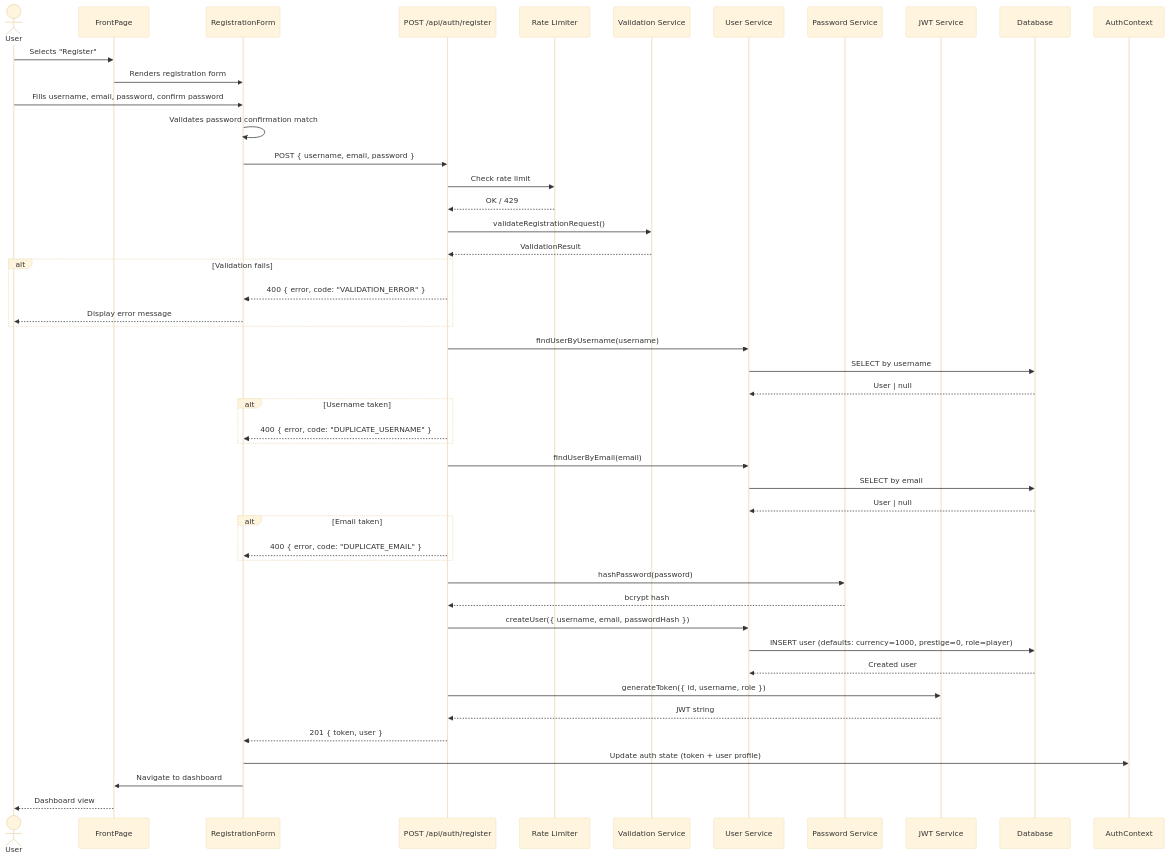
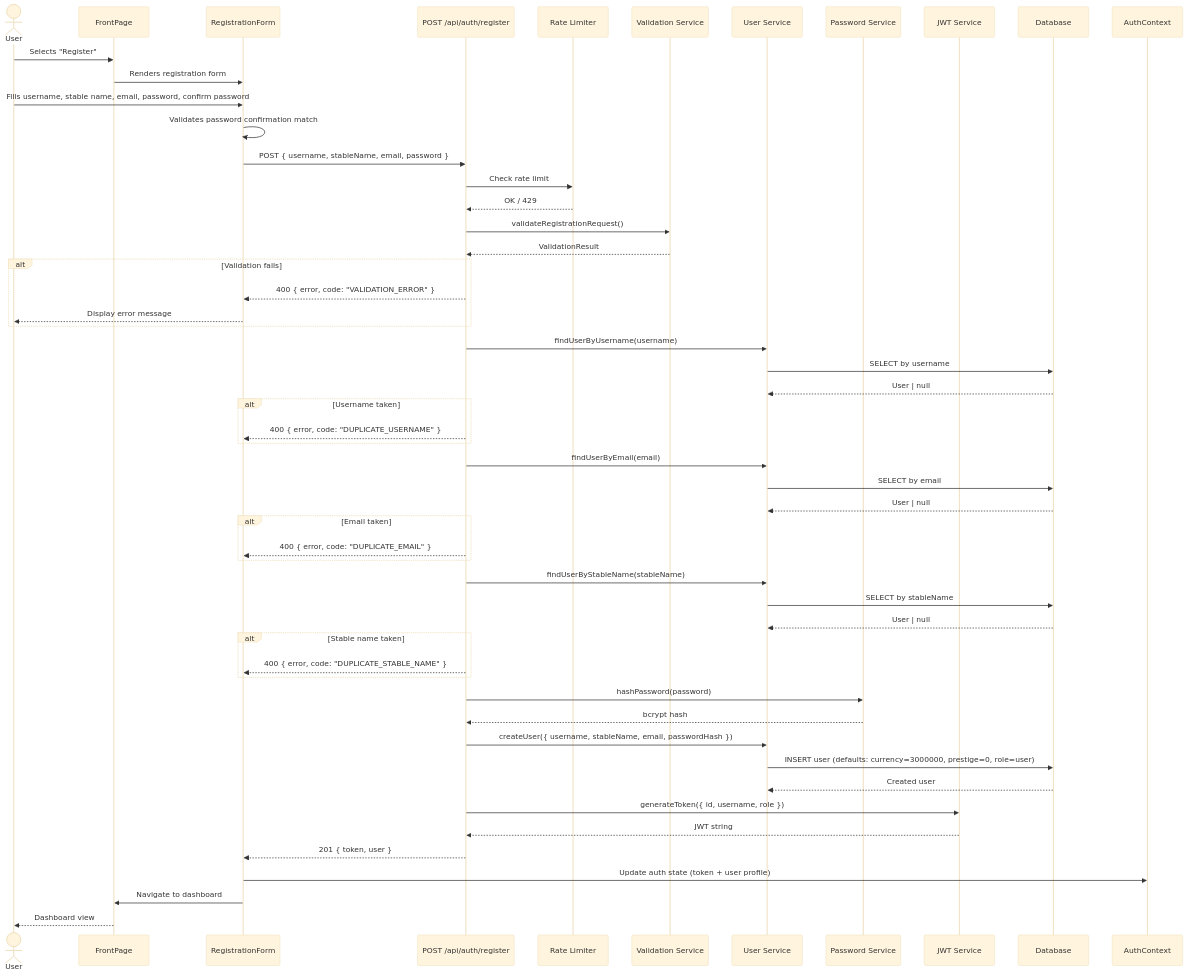
The second of 4 diagrams in docs/features/user-registration.md (RobertTeunissen/ArmouredSouls), drawn with Mermaid (base theme) before and after one commit. The commit also changed other lines of this file and 295 other files, not shown here.

````diff
--- a/docs/features/user-registration.md
+++ b/docs/features/user-registration.md
@@ -79,61 +79,69 @@
 ```mermaid
 sequenceDiagram
     actor User
     participant FP as FrontPage
     participant RF as RegistrationForm
     participant API as POST /api/auth/register
     participant RL as Rate Limiter
     participant VS as Validation Service
     participant US as User Service
     participant PS as Password Service
     participant JWT as JWT Service
     participant DB as Database
     participant AC as AuthContext
 
     User->>FP: Selects "Register"
     FP->>RF: Renders registration form
-    User->>RF: Fills username, email, password, confirm password
+    User->>RF: Fills username, stable name, email, password, confirm password
     RF->>RF: Validates password confirmation match
-    RF->>API: POST { username, email, password }
+    RF->>API: POST { username, stableName, email, password }
     API->>RL: Check rate limit
     RL-->>API: OK / 429
 
     API->>VS: validateRegistrationRequest()
     VS-->>API: ValidationResult
 
     alt Validation fails
         API-->>RF: 400 { error, code: "VALIDATION_ERROR" }
         RF-->>User: Display error message
     end
 
     API->>US: findUserByUsername(username)
     US->>DB: SELECT by username
     DB-->>US: User | null
 
     alt Username taken
         API-->>RF: 400 { error, code: "DUPLICATE_USERNAME" }
     end
 
     API->>US: findUserByEmail(email)
     US->>DB: SELECT by email
     DB-->>US: User | null
 
     alt Email taken
         API-->>RF: 400 { error, code: "DUPLICATE_EMAIL" }
     end
 
+    API->>US: findUserByStableName(stableName)
+    US->>DB: SELECT by stableName
+    DB-->>US: User | null
+
+    alt Stable name taken
+        API-->>RF: 400 { error, code: "DUPLICATE_STABLE_NAME" }
+    end
+
     API->>PS: hashPassword(password)
     PS-->>API: bcrypt hash
 
-    API->>US: createUser({ username, email, passwordHash })
-    US->>DB: INSERT user (defaults: currency=1000, prestige=0, role=player)
+    API->>US: createUser({ username, stableName, email, passwordHash })
+    US->>DB: INSERT user (defaults: currency=3000000, prestige=0, role=user)
     DB-->>US: Created user
 
     API->>JWT: generateToken({ id, username, role })
     JWT-->>API: JWT string
 
     API-->>RF: 201 { token, user }
     RF->>AC: Update auth state (token + user profile)
     RF->>FP: Navigate to dashboard
     FP-->>User: Dashboard view
 ```
````
